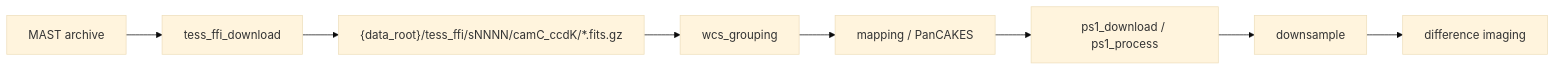
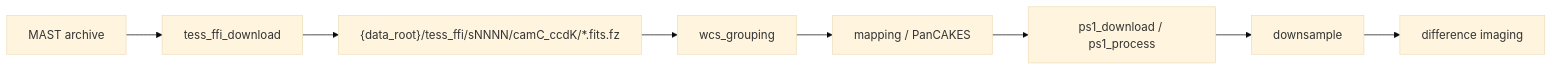
Before and after one commit to zoutei/TSST_syndiff_pipeline: the first of 3 diagrams in docs/markdown/stages/tess_ffi_download.md, drawn with Mermaid (base theme). The commit also changed other lines of this file and 14 other files, not shown here.

````diff
--- a/docs/markdown/stages/tess_ffi_download.md
+++ b/docs/markdown/stages/tess_ffi_download.md
@@ -76,10 +76,10 @@
 ```mermaid
 flowchart LR
     MAST[MAST archive] --> DL[tess_ffi_download]
-    DL --> Cache["{data_root}/tess_ffi/sNNNN/camC_ccdK/*.fits.gz"]
+    DL --> Cache["{data_root}/tess_ffi/sNNNN/camC_ccdK/*.fits.fz"]
     Cache --> WCS[wcs_grouping]
     WCS --> Map[mapping / PanCAKES]
     Map --> PS1[ps1_download / ps1_process]
     PS1 --> DS[downsample]
     DS --> Diff[difference imaging]
 ```
````
